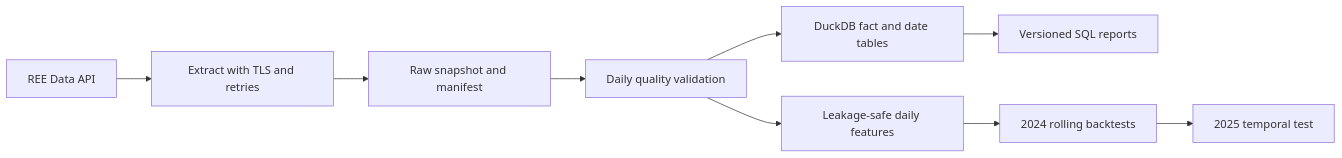
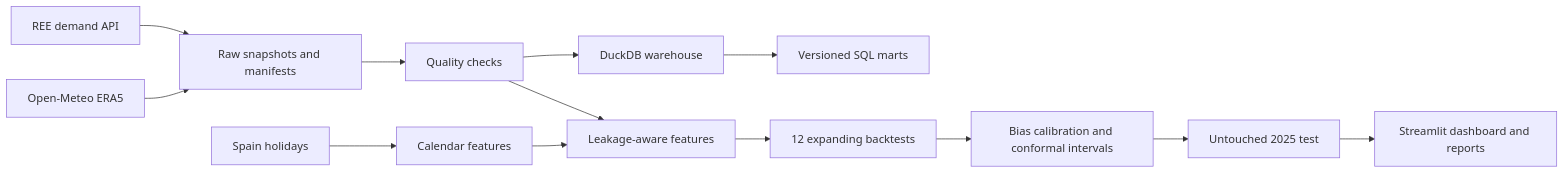
Before and after one commit to 0227lia/spain-electricity-demand-platform: the diagram in README.md, drawn with Mermaid. The commit also changed other lines of this file and 49 other files, not shown here.

````diff
--- a/README.md
+++ b/README.md
@@ -15,11 +27,15 @@
 ```mermaid
 flowchart LR
-    A[REE Data API] --> B[Extract with TLS and retries]
-    B --> C[Raw snapshot and manifest]
-    C --> D[Daily quality validation]
-    D --> E[DuckDB fact and date tables]
-    E --> F[Versioned SQL reports]
-    D --> G[Leakage-safe daily features]
-    G --> H[2024 rolling backtests]
-    H --> I[2025 temporal test]
+    A[REE demand API] --> C[Raw snapshots and manifests]
+    B[Open-Meteo ERA5] --> C
+    H[Spain holidays] --> D[Calendar features]
+    C --> E[Quality checks]
+    E --> F[DuckDB warehouse]
+    F --> G[Versioned SQL marts]
+    E --> I[Leakage-aware features]
+    D --> I
+    I --> J[12 expanding backtests]
+    J --> K[Bias calibration and conformal intervals]
+    K --> L[Untouched 2025 test]
+    L --> M[Streamlit dashboard and reports]
 ```
````
